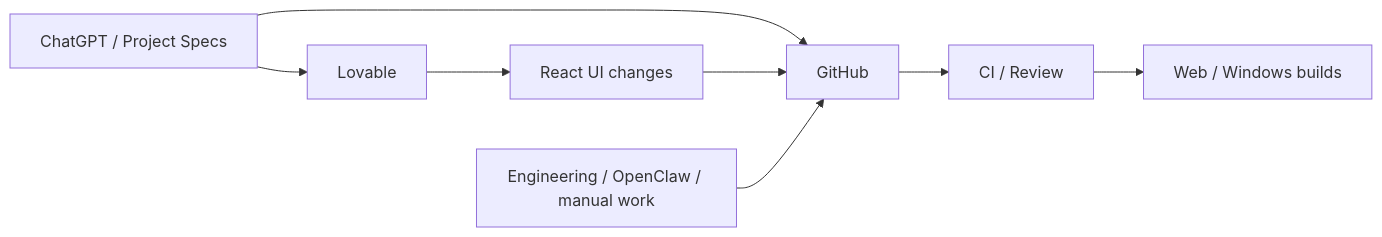
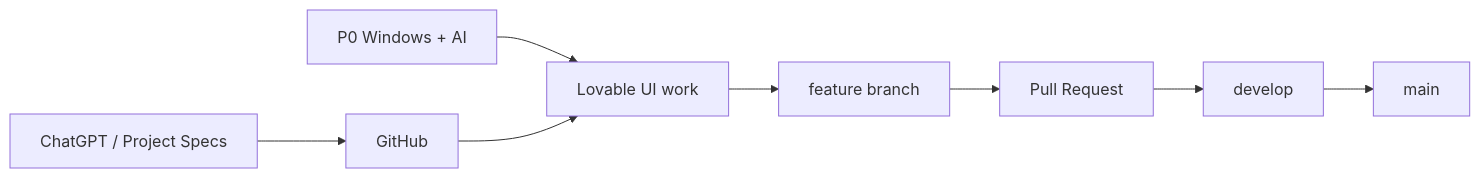
One commit to Simus100/chronosaga_the_game changed the tenth of 11 diagrams in README.md. Above: the diagram before and after it, drawn with Mermaid. The commit also changed other lines of this file, not shown here.

Commit message:
docs: make README Windows-first and document P0 roadmap

````diff
--- a/README.md
+++ b/README.md
@@ -599,10 +432,10 @@
 ```mermaid
 flowchart LR
-    SPEC[ChatGPT / Project Specs] --> GH[GitHub]
-    SPEC --> LOV[Lovable]
-    LOV --> UI[React UI changes]
-    UI --> GH
-    ENG[Engineering / OpenClaw / manual work] --> GH
-    GH --> CI[CI / Review]
-    CI --> BUILD[Web / Windows builds]
+    SPEC[ChatGPT / Project Specs] --> GIT[GitHub]
+    P0[P0 Windows + AI] --> UI[Lovable UI work]
+    GIT --> UI
+    UI --> BR[feature branch]
+    BR --> PR[Pull Request]
+    PR --> DEV[develop]
+    DEV --> MAIN[main]
 ```
````
